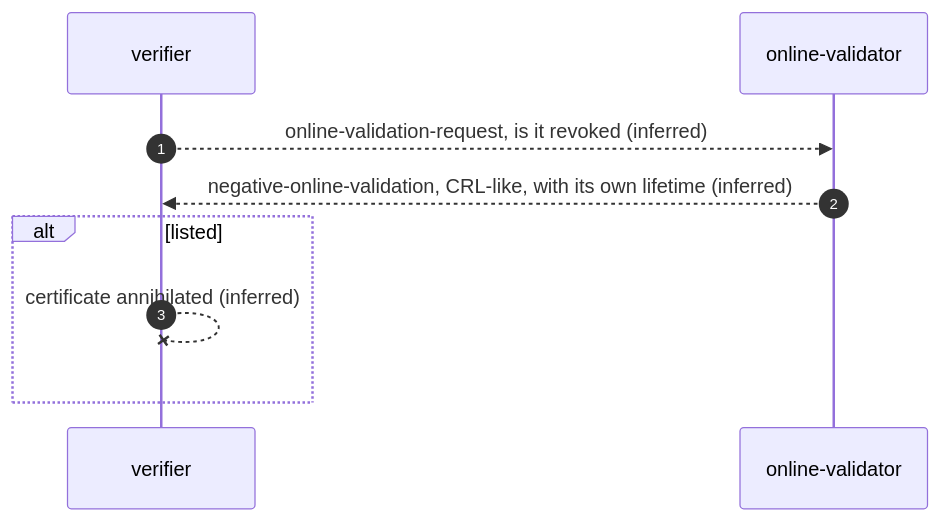
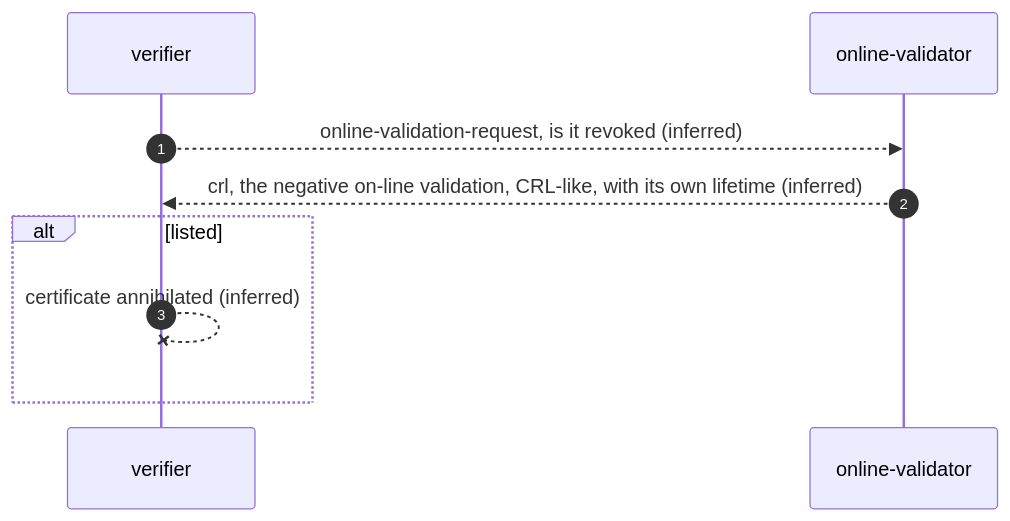
Before and after one commit to m-of-n/library: diagram 12 of 26 in records/ietf/rfc-2692/distilled/protocol.md, drawn with Mermaid. The commit also changed other lines of this file and 9 other files, not shown here.

````diff
--- a/records/ietf/rfc-2692/distilled/protocol.md
+++ b/records/ietf/rfc-2692/distilled/protocol.md
@@ -393,11 +405,11 @@
 ```mermaid
 sequenceDiagram
   autonumber
   participant V as verifier
   participant O as online-validator
   V-->>O: online-validation-request, is it revoked (inferred)
-  O-->>V: negative-online-validation, CRL-like, with its own lifetime (inferred)
+  O-->>V: crl, the negative on-line validation, CRL-like, with its own lifetime (inferred)
   alt listed
     V--xV: certificate annihilated (inferred)
   end
 ```
````
